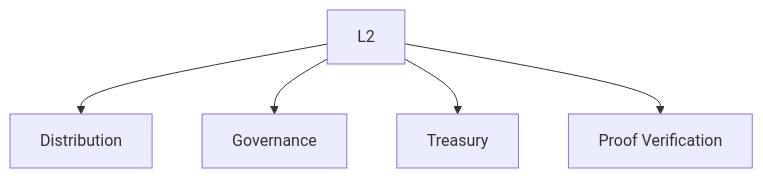
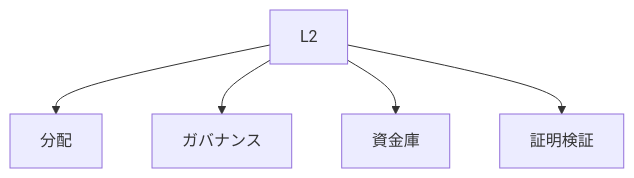
One commit to ShigeichiroYamasaki/creator-first-platform changed diagram 16 of 47 in docs/whitepaper/12-infrastructure-cost.md. Above: the diagram before and after it, drawn with Mermaid. The commit also changed other lines of this file and 72 other files, not shown here.

````diff
--- a/docs/whitepaper/12-infrastructure-cost.md
+++ b/docs/whitepaper/12-infrastructure-cost.md
@@ -635,9 +635,9 @@
 ```mermaid
 flowchart TD
     L2[L2]
 
-    L2 --> DIST[Distribution]
-    L2 --> GOV[Governance]
-    L2 --> TREASURY[Treasury]
-    L2 --> VERIFY[Proof Verification]
+    L2 --> DIST[分配]
+    L2 --> GOV[ガバナンス]
+    L2 --> TREASURY[資金庫]
+    L2 --> VERIFY[証明検証]
 ```
````
